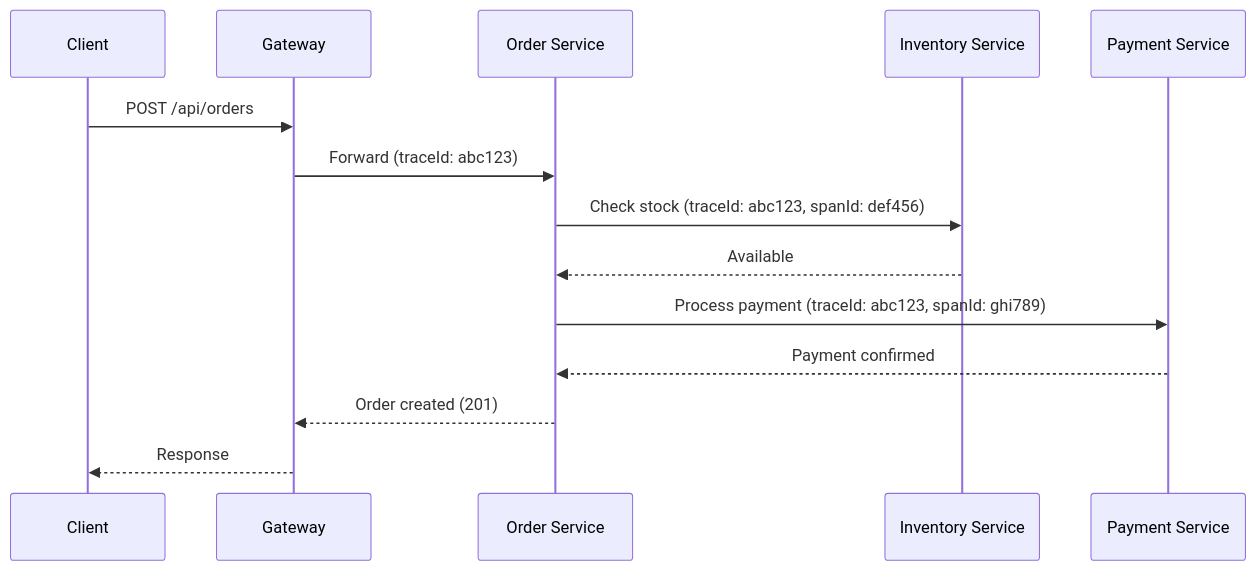
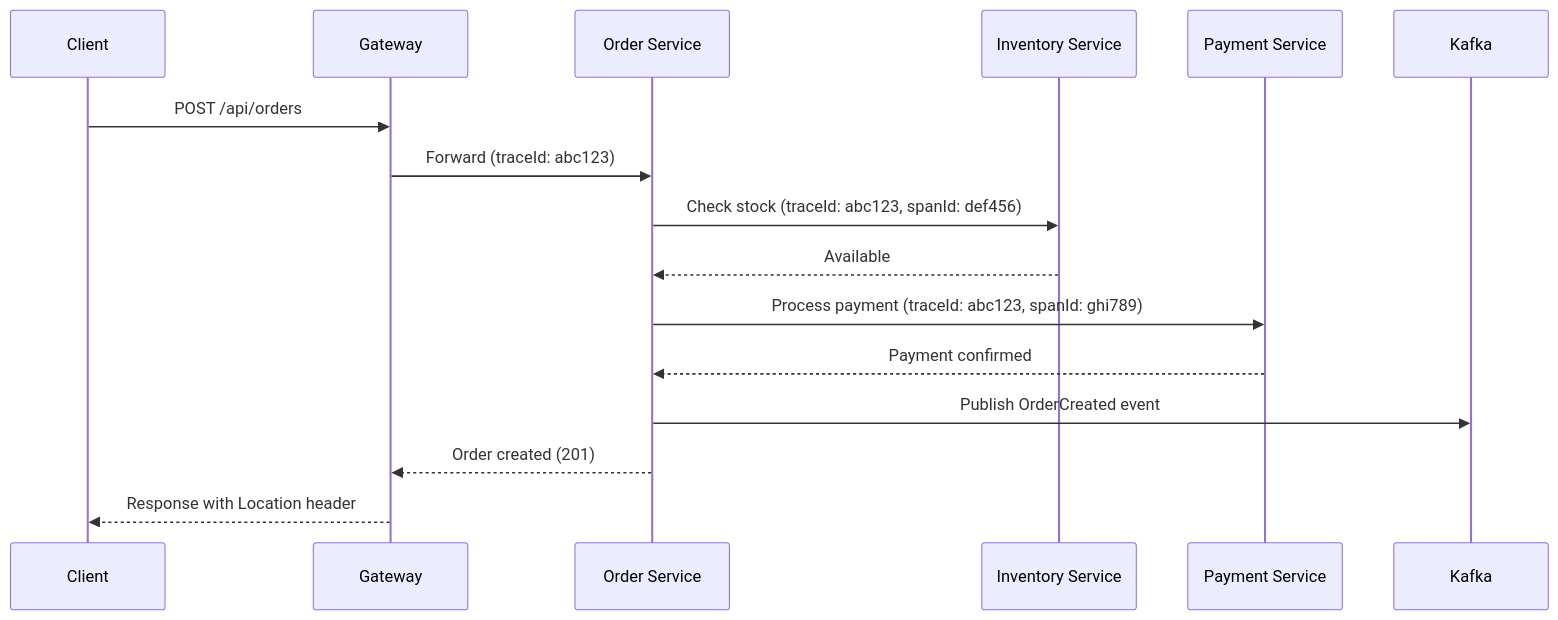
Before and after one commit to aabdulk862/cs-reference-guide: the third of 3 diagrams in content/backend/spring-framework/spring-microservices.md, drawn with Mermaid. The commit also changed other lines of this file and 113 other files, not shown here.

````diff
--- a/content/backend/spring-framework/spring-microservices.md
+++ b/content/backend/spring-framework/spring-microservices.md
@@ -296,17 +544,19 @@
 ```mermaid
 sequenceDiagram
     participant C as Client
     participant G as Gateway
     participant O as Order Service
     participant I as Inventory Service
     participant P as Payment Service
+    participant K as Kafka
 
     C->>G: POST /api/orders
     G->>O: Forward (traceId: abc123)
     O->>I: Check stock (traceId: abc123, spanId: def456)
     I-->>O: Available
     O->>P: Process payment (traceId: abc123, spanId: ghi789)
     P-->>O: Payment confirmed
+    O->>K: Publish OrderCreated event
     O-->>G: Order created (201)
-    G-->>C: Response
+    G-->>C: Response with Location header
 ```
````
